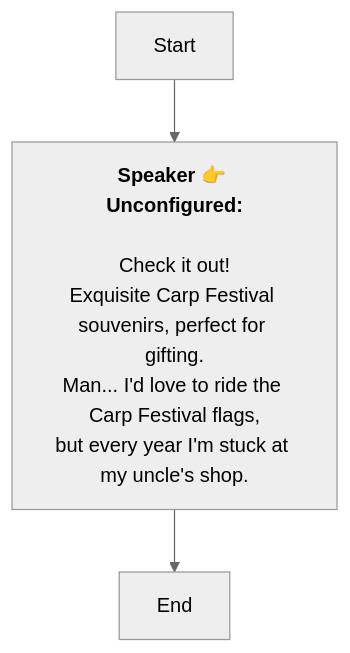
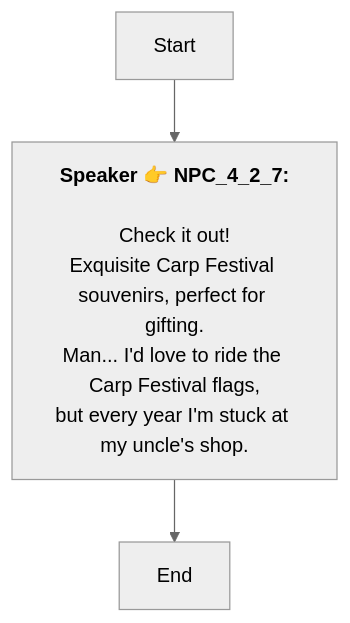
Before and after one commit to SoftHu/tos_avg: the diagram in En/Dialog_54729903689539.md, drawn with Mermaid (neutral theme). The commit also changed 737 other files, not shown here.

````diff
--- a/En/Dialog_54729903689539.md
+++ b/En/Dialog_54729903689539.md
@@ -1,11 +1,9 @@
 ```mermaid
 graph
-Start -->1751357100805687[<b>Speaker 👉 Unconfigured:</b>
-
-Check it out!
-Exquisite Carp Festival souvenirs, perfect for gifting.
-Man... I'd love to ride the Carp Festival flags,
+Start -->1751357100805687[<b>Speaker 👉 NPC_4_2_7:</b>
+\nCheck it out!
+Exquisite Carp Festival souvenirs, perfect for gifting.\nMan... I'd love to ride the Carp Festival flags,
 but every year I'm stuck at my uncle's shop.]
 1751357100805687 -->1751357097605686[End]
 
- ```
+```
````
